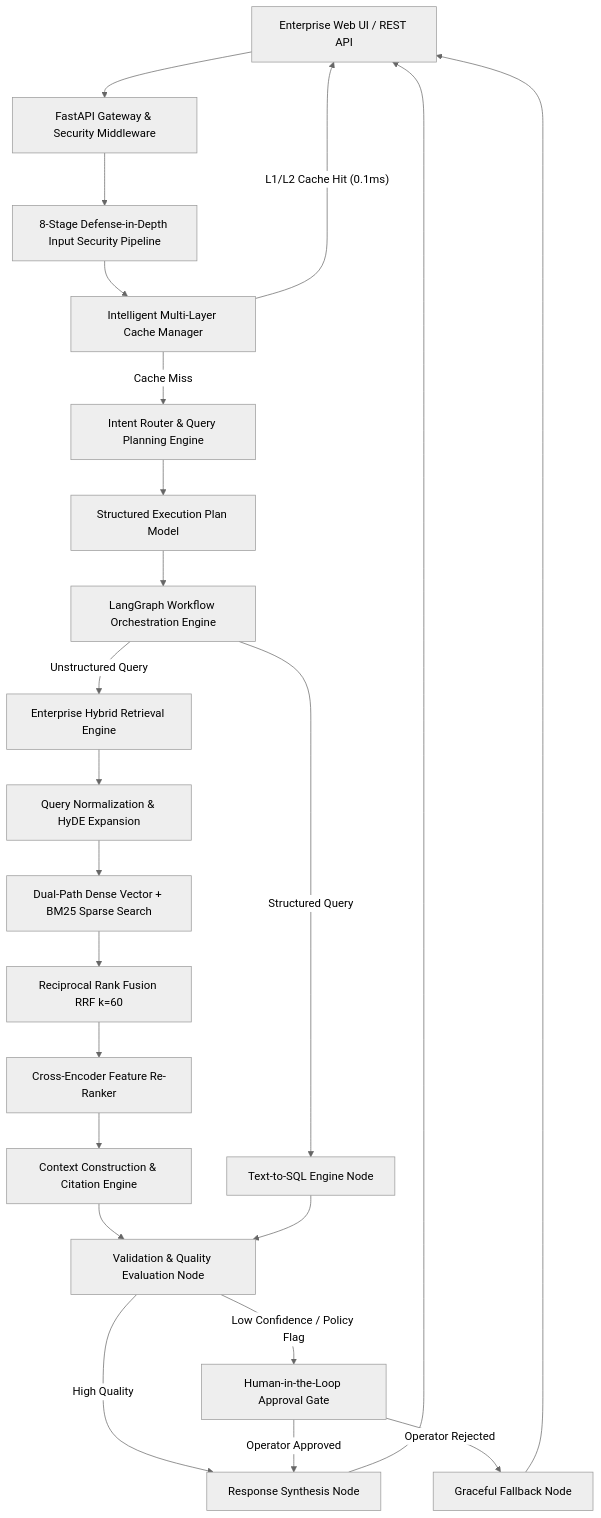
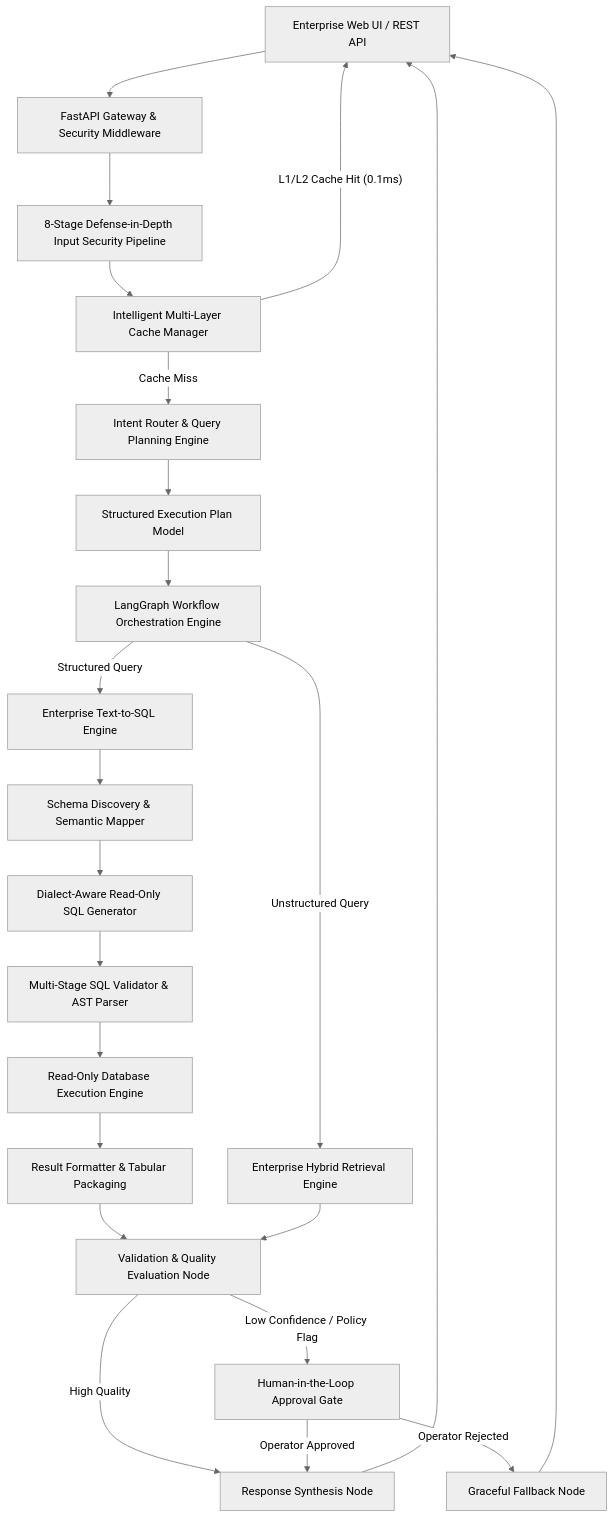
Before and after one commit to sreeram0343/ragtune: the first of 2 diagrams in README.md, drawn with Mermaid (neutral theme). The commit also changed other lines of this file, not shown here.

Commit message:
docs: update README with Enterprise Text-to-SQL Engine architecture, AST validator rules, read-only execution engine, and diagrams

````diff
--- a/README.md
+++ b/README.md
@@ -43,33 +45,33 @@
 ```mermaid
 graph TD
     Client[Enterprise Web UI / REST API] --> Gateway[FastAPI Gateway & Security Middleware]
     Gateway --> SecurityPipeline[8-Stage Defense-in-Depth Input Security Pipeline]
     SecurityPipeline --> CacheManager[Intelligent Multi-Layer Cache Manager]
     
     CacheManager -- L1/L2 Cache Hit (0.1ms) --> Client
     CacheManager -- Cache Miss --> IntentRouter[Intent Router & Query Planning Engine]
     
     IntentRouter --> ExecPlan[Structured Execution Plan Model]
     ExecPlan --> OrchestrationEngine[LangGraph Workflow Orchestration Engine]
     
+    OrchestrationEngine -->|Structured Query| Text2SQL[Enterprise Text-to-SQL Engine]
     OrchestrationEngine -->|Unstructured Query| HybridRetriever[Enterprise Hybrid Retrieval Engine]
-    OrchestrationEngine -->|Structured Query| SQLAgent[Text-to-SQL Engine Node]
     
-    HybridRetriever --> QueryUnderstanding[Query Normalization & HyDE Expansion]
-    QueryUnderstanding --> SearchEngine[Dual-Path Dense Vector + BM25 Sparse Search]
-    SearchEngine --> RRF[Reciprocal Rank Fusion RRF k=60]
-    RRF --> CrossEncoder[Cross-Encoder Feature Re-Ranker]
-    CrossEncoder --> ContextBuilder[Context Construction & Citation Engine]
+    Text2SQL --> SchemaIntrospector[Schema Discovery & Semantic Mapper]
+    SchemaIntrospector --> SQLGenerator[Dialect-Aware Read-Only SQL Generator]
+    SQLGenerator --> Validator[Multi-Stage SQL Validator & AST Parser]
+    Validator --> ExecEngine[Read-Only Database Execution Engine]
+    ExecEngine --> ResultInterpreter[Result Formatter & Tabular Packaging]
     
-    ContextBuilder --> EvaluationNode[Validation & Quality Evaluation Node]
-    SQLAgent --> EvaluationNode
+    ResultInterpreter --> EvaluationNode[Validation & Quality Evaluation Node]
+    HybridRetriever --> EvaluationNode
     
     EvaluationNode -- High Quality --> SynthesisNode[Response Synthesis Node]
     EvaluationNode -- Low Confidence / Policy Flag --> HITLGate[Human-in-the-Loop Approval Gate]
     
     HITLGate -- Operator Approved --> SynthesisNode
     HITLGate -- Operator Rejected --> FallbackNode[Graceful Fallback Node]
     
     SynthesisNode --> Client
     FallbackNode --> Client
 ```
````
